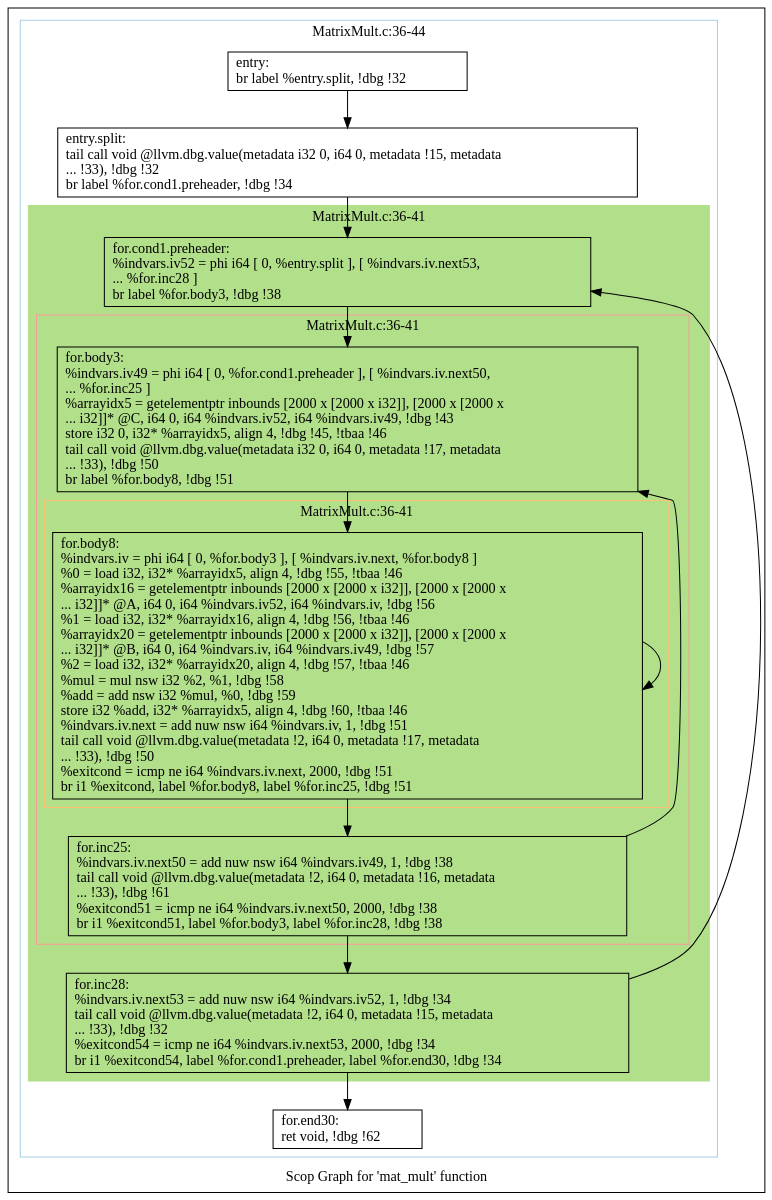
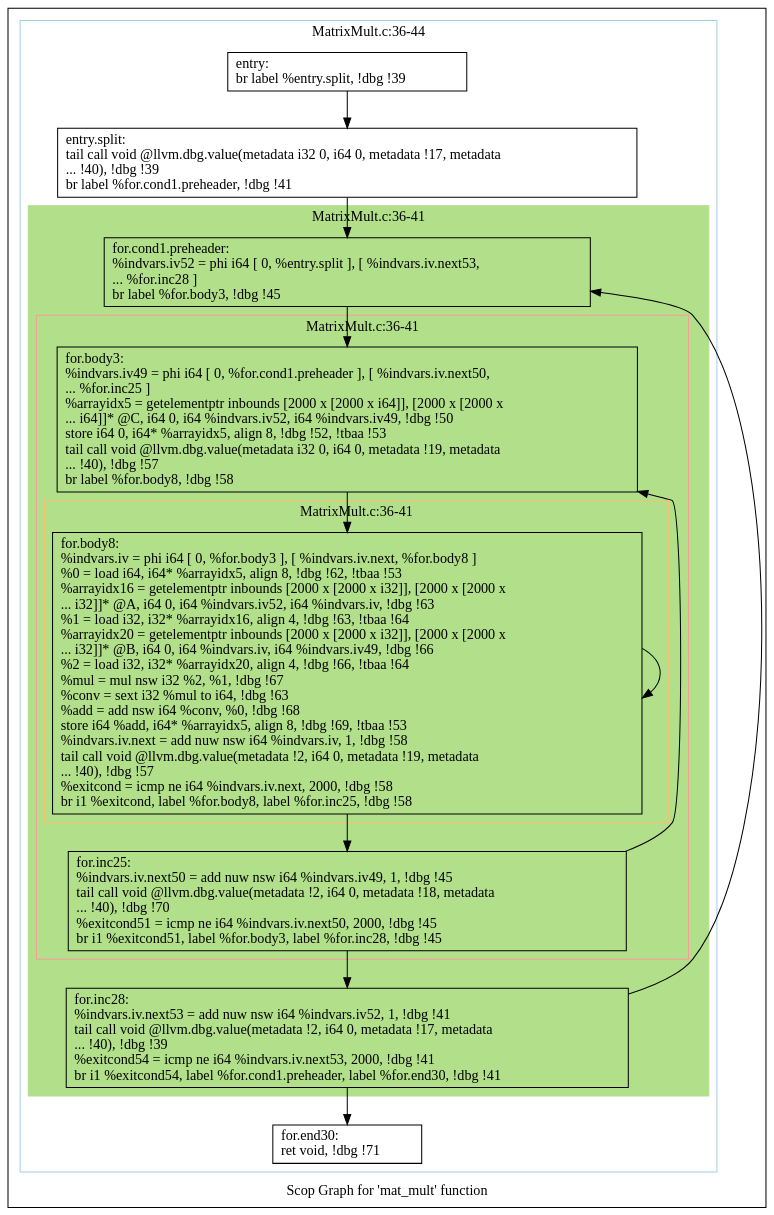
Before and after one commit to samminweng/WhileyOpenCL: the diagram in polly/MatrixMult/impl/handwritten/dot/scops.mat_mult.dot, drawn with Graphviz. The commit also changed 49 other files, not shown here.

```diff
--- a/polly/MatrixMult/impl/handwritten/dot/scops.mat_mult.dot
+++ b/polly/MatrixMult/impl/handwritten/dot/scops.mat_mult.dot
@@ -1,54 +1,54 @@
 digraph "Scop Graph for 'mat_mult' function" {
 	label="Scop Graph for 'mat_mult' function";
 
-	Node0x9d20f20 [shape=record,label="{entry:\l  br label %entry.split, !dbg !32\l}"];
-	Node0x9d20f20 -> Node0x9d1d770;
-	Node0x9d1d770 [shape=record,label="{entry.split:                                      \l  tail call void @llvm.dbg.value(metadata i32 0, i64 0, metadata !15, metadata\l... !33), !dbg !32\l  br label %for.cond1.preheader, !dbg !34\l}"];
-	Node0x9d1d770 -> Node0x9aad880;
-	Node0x9aad880 [shape=record,label="{for.cond1.preheader:                              \l  %indvars.iv52 = phi i64 [ 0, %entry.split ], [ %indvars.iv.next53,\l... %for.inc28 ]\l  br label %for.body3, !dbg !38\l}"];
-	Node0x9aad880 -> Node0x9ce9220;
-	Node0x9ce9220 [shape=record,label="{for.body3:                                        \l  %indvars.iv49 = phi i64 [ 0, %for.cond1.preheader ], [ %indvars.iv.next50,\l... %for.inc25 ]\l  %arrayidx5 = getelementptr inbounds [2000 x [2000 x i32]], [2000 x [2000 x\l... i32]]* @C, i64 0, i64 %indvars.iv52, i64 %indvars.iv49, !dbg !43\l  store i32 0, i32* %arrayidx5, align 4, !dbg !45, !tbaa !46\l  tail call void @llvm.dbg.value(metadata i32 0, i64 0, metadata !17, metadata\l... !33), !dbg !50\l  br label %for.body8, !dbg !51\l}"];
-	Node0x9ce9220 -> Node0x9c419b0;
-	Node0x9c419b0 [shape=record,label="{for.body8:                                        \l  %indvars.iv = phi i64 [ 0, %for.body3 ], [ %indvars.iv.next, %for.body8 ]\l  %0 = load i32, i32* %arrayidx5, align 4, !dbg !55, !tbaa !46\l  %arrayidx16 = getelementptr inbounds [2000 x [2000 x i32]], [2000 x [2000 x\l... i32]]* @A, i64 0, i64 %indvars.iv52, i64 %indvars.iv, !dbg !56\l  %1 = load i32, i32* %arrayidx16, align 4, !dbg !56, !tbaa !46\l  %arrayidx20 = getelementptr inbounds [2000 x [2000 x i32]], [2000 x [2000 x\l... i32]]* @B, i64 0, i64 %indvars.iv, i64 %indvars.iv49, !dbg !57\l  %2 = load i32, i32* %arrayidx20, align 4, !dbg !57, !tbaa !46\l  %mul = mul nsw i32 %2, %1, !dbg !58\l  %add = add nsw i32 %mul, %0, !dbg !59\l  store i32 %add, i32* %arrayidx5, align 4, !dbg !60, !tbaa !46\l  %indvars.iv.next = add nuw nsw i64 %indvars.iv, 1, !dbg !51\l  tail call void @llvm.dbg.value(metadata !2, i64 0, metadata !17, metadata\l... !33), !dbg !50\l  %exitcond = icmp ne i64 %indvars.iv.next, 2000, !dbg !51\l  br i1 %exitcond, label %for.body8, label %for.inc25, !dbg !51\l}"];
-	Node0x9c419b0 -> Node0x9c419b0[constraint=false];
-	Node0x9c419b0 -> Node0x9d17630;
-	Node0x9d17630 [shape=record,label="{for.inc25:                                        \l  %indvars.iv.next50 = add nuw nsw i64 %indvars.iv49, 1, !dbg !38\l  tail call void @llvm.dbg.value(metadata !2, i64 0, metadata !16, metadata\l... !33), !dbg !61\l  %exitcond51 = icmp ne i64 %indvars.iv.next50, 2000, !dbg !38\l  br i1 %exitcond51, label %for.body3, label %for.inc28, !dbg !38\l}"];
-	Node0x9d17630 -> Node0x9ce9220[constraint=false];
-	Node0x9d17630 -> Node0x9d1e940;
-	Node0x9d1e940 [shape=record,label="{for.inc28:                                        \l  %indvars.iv.next53 = add nuw nsw i64 %indvars.iv52, 1, !dbg !34\l  tail call void @llvm.dbg.value(metadata !2, i64 0, metadata !15, metadata\l... !33), !dbg !32\l  %exitcond54 = icmp ne i64 %indvars.iv.next53, 2000, !dbg !34\l  br i1 %exitcond54, label %for.cond1.preheader, label %for.end30, !dbg !34\l}"];
-	Node0x9d1e940 -> Node0x9aad880[constraint=false];
-	Node0x9d1e940 -> Node0x9c3dcb0;
-	Node0x9c3dcb0 [shape=record,label="{for.end30:                                        \l  ret void, !dbg !62\l}"];
+	Node0xa98b8a0 [shape=record,label="{entry:\l  br label %entry.split, !dbg !39\l}"];
+	Node0xa98b8a0 -> Node0xa991de0;
+	Node0xa991de0 [shape=record,label="{entry.split:                                      \l  tail call void @llvm.dbg.value(metadata i32 0, i64 0, metadata !17, metadata\l... !40), !dbg !39\l  br label %for.cond1.preheader, !dbg !41\l}"];
+	Node0xa991de0 -> Node0xa986100;
+	Node0xa986100 [shape=record,label="{for.cond1.preheader:                              \l  %indvars.iv52 = phi i64 [ 0, %entry.split ], [ %indvars.iv.next53,\l... %for.inc28 ]\l  br label %for.body3, !dbg !45\l}"];
+	Node0xa986100 -> Node0xa9841b0;
+	Node0xa9841b0 [shape=record,label="{for.body3:                                        \l  %indvars.iv49 = phi i64 [ 0, %for.cond1.preheader ], [ %indvars.iv.next50,\l... %for.inc25 ]\l  %arrayidx5 = getelementptr inbounds [2000 x [2000 x i64]], [2000 x [2000 x\l... i64]]* @C, i64 0, i64 %indvars.iv52, i64 %indvars.iv49, !dbg !50\l  store i64 0, i64* %arrayidx5, align 8, !dbg !52, !tbaa !53\l  tail call void @llvm.dbg.value(metadata i32 0, i64 0, metadata !19, metadata\l... !40), !dbg !57\l  br label %for.body8, !dbg !58\l}"];
+	Node0xa9841b0 -> Node0xa949aa0;
+	Node0xa949aa0 [shape=record,label="{for.body8:                                        \l  %indvars.iv = phi i64 [ 0, %for.body3 ], [ %indvars.iv.next, %for.body8 ]\l  %0 = load i64, i64* %arrayidx5, align 8, !dbg !62, !tbaa !53\l  %arrayidx16 = getelementptr inbounds [2000 x [2000 x i32]], [2000 x [2000 x\l... i32]]* @A, i64 0, i64 %indvars.iv52, i64 %indvars.iv, !dbg !63\l  %1 = load i32, i32* %arrayidx16, align 4, !dbg !63, !tbaa !64\l  %arrayidx20 = getelementptr inbounds [2000 x [2000 x i32]], [2000 x [2000 x\l... i32]]* @B, i64 0, i64 %indvars.iv, i64 %indvars.iv49, !dbg !66\l  %2 = load i32, i32* %arrayidx20, align 4, !dbg !66, !tbaa !64\l  %mul = mul nsw i32 %2, %1, !dbg !67\l  %conv = sext i32 %mul to i64, !dbg !63\l  %add = add nsw i64 %conv, %0, !dbg !68\l  store i64 %add, i64* %arrayidx5, align 8, !dbg !69, !tbaa !53\l  %indvars.iv.next = add nuw nsw i64 %indvars.iv, 1, !dbg !58\l  tail call void @llvm.dbg.value(metadata !2, i64 0, metadata !19, metadata\l... !40), !dbg !57\l  %exitcond = icmp ne i64 %indvars.iv.next, 2000, !dbg !58\l  br i1 %exitcond, label %for.body8, label %for.inc25, !dbg !58\l}"];
+	Node0xa949aa0 -> Node0xa949aa0[constraint=false];
+	Node0xa949aa0 -> Node0xa8a4850;
+	Node0xa8a4850 [shape=record,label="{for.inc25:                                        \l  %indvars.iv.next50 = add nuw nsw i64 %indvars.iv49, 1, !dbg !45\l  tail call void @llvm.dbg.value(metadata !2, i64 0, metadata !18, metadata\l... !40), !dbg !70\l  %exitcond51 = icmp ne i64 %indvars.iv.next50, 2000, !dbg !45\l  br i1 %exitcond51, label %for.body3, label %for.inc28, !dbg !45\l}"];
+	Node0xa8a4850 -> Node0xa9841b0[constraint=false];
+	Node0xa8a4850 -> Node0xa98b930;
+	Node0xa98b930 [shape=record,label="{for.inc28:                                        \l  %indvars.iv.next53 = add nuw nsw i64 %indvars.iv52, 1, !dbg !41\l  tail call void @llvm.dbg.value(metadata !2, i64 0, metadata !17, metadata\l... !40), !dbg !39\l  %exitcond54 = icmp ne i64 %indvars.iv.next53, 2000, !dbg !41\l  br i1 %exitcond54, label %for.cond1.preheader, label %for.end30, !dbg !41\l}"];
+	Node0xa98b930 -> Node0xa986100[constraint=false];
+	Node0xa98b930 -> Node0xa98b2e0;
+	Node0xa98b2e0 [shape=record,label="{for.end30:                                        \l  ret void, !dbg !71\l}"];
 	colorscheme = "paired12"
-        subgraph cluster_0x9c3ee80 {
+        subgraph cluster_0xa8aa070 {
           label = "MatrixMult.c:36-44
 ";
           style = solid;
           color = 1
-          subgraph cluster_0x9c3f500 {
+          subgraph cluster_0xa8aa430 {
             label = "MatrixMult.c:36-41
 ";
             style = filled;
-            color = 3            subgraph cluster_0x9d1cdf0 {
+            color = 3            subgraph cluster_0xa8a4dd0 {
               label = "MatrixMult.c:36-41
 ";
               style = solid;
               color = 5
-              subgraph cluster_0x9c46c60 {
+              subgraph cluster_0xa8ad1a0 {
                 label = "MatrixMult.c:36-41
 ";
                 style = solid;
                 color = 7
-                Node0x9c419b0;
+                Node0xa949aa0;
               }
-              Node0x9ce9220;
-              Node0x9d17630;
+              Node0xa9841b0;
+              Node0xa8a4850;
             }
-            Node0x9aad880;
-            Node0x9d1e940;
+            Node0xa986100;
+            Node0xa98b930;
           }
-          Node0x9d20f20;
-          Node0x9d1d770;
-          Node0x9c3dcb0;
+          Node0xa98b8a0;
+          Node0xa991de0;
+          Node0xa98b2e0;
         }
 }
```
